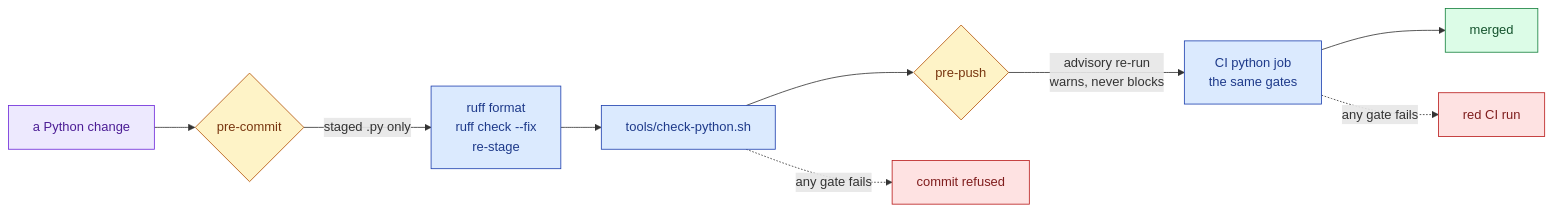
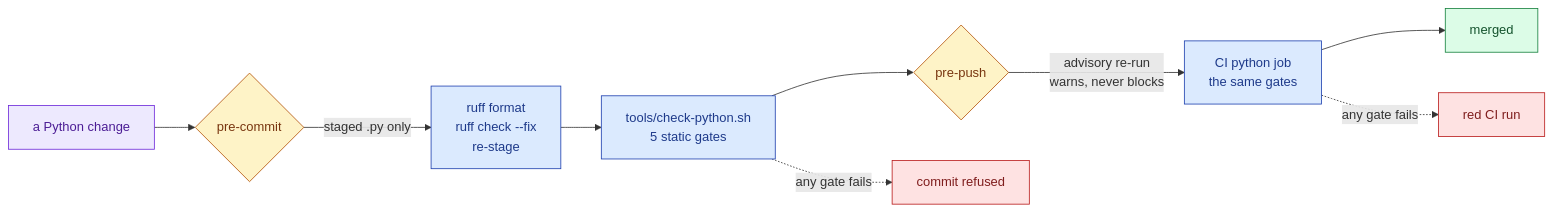
The diagram in docs/notes/python-quality-gates.md (agharsallah/mva-hackathon), drawn with Mermaid before and after one commit. The commit also changed other lines of this file and 16 other files, not shown here.

````diff
--- a/docs/notes/python-quality-gates.md
+++ b/docs/notes/python-quality-gates.md
@@ -37,17 +51,17 @@
 ```mermaid
 flowchart LR
     edit[a Python change]:::raw --> commit{pre-commit}:::decision
     commit -->|"staged .py only"| fix[ruff format<br/>ruff check --fix<br/>re-stage]:::machine
-    fix --> gate[tools/check-python.sh]:::machine
+    fix --> gate[tools/check-python.sh<br/>5 static gates]:::machine
     gate --> push{pre-push}:::decision
     push -->|"advisory re-run<br/>warns, never blocks"| ci[CI python job<br/>the same gates]:::machine
     ci --> merged[merged]:::goal
     gate -.->|any gate fails| blocked[commit refused]:::bad
     ci -.->|any gate fails| red[red CI run]:::bad
 
     classDef raw fill:#ede9fe,stroke:#6d28d9,color:#4c1d95
     classDef decision fill:#fef3c7,stroke:#b45309,color:#78350f
     classDef machine fill:#dbeafe,stroke:#1e40af,color:#1e3a8a
     classDef goal fill:#dcfce7,stroke:#15803d,color:#14532d
     classDef bad fill:#fee2e2,stroke:#b91c1c,color:#7f1d1d
 ```
````
